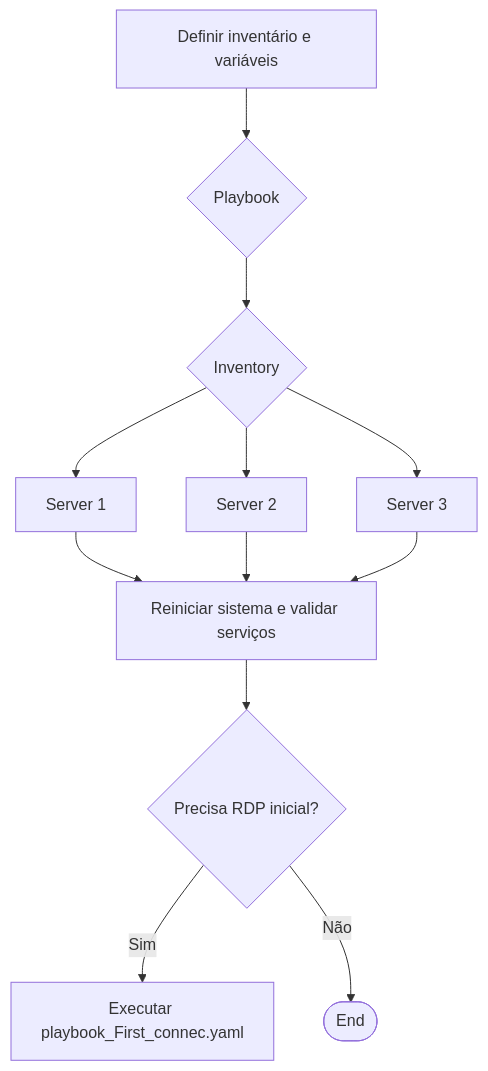
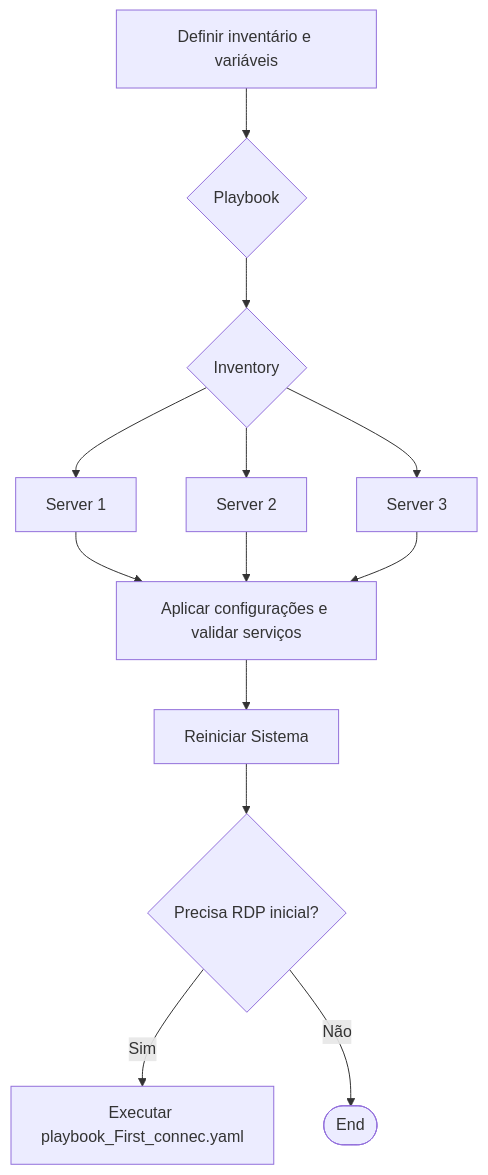
One commit to Theo-Panella/Project_AOC changed the diagram in README.md. Above: the diagram before and after it, drawn with Mermaid.

````diff
--- a/README.md
+++ b/README.md
@@ -35,15 +35,17 @@
 ```mermaid
 flowchart TD
     A["Definir inventário e variáveis"]
     A --> B{"Playbook"}
     B --> C{"Inventory"}
     C --> D[Server 1]
     C --> E[Server 2]
     C --> F[Server 3]
-    D --> G["Reiniciar sistema e validar serviços"]
-    E --> G["Reiniciar sistema e validar serviços"]
-    F --> G["Reiniciar sistema e validar serviços"]
-    G --> H{"Precisa RDP inicial?"}
-    H -->|Sim| I["Executar playbook_First_connec.yaml"]
-    H -->|Não| J(["End"])
+    
+    D --> G["Aplicar configurações e validar serviços"]
+    E --> G["Aplicar configurações e validar serviços"]
+    F --> G["Aplicar configurações e validar serviços"]
+    G --> H["Reiniciar Sistema"]
+    H --> I{"Precisa RDP inicial?"}
+    I -->|Sim| J["Executar playbook_First_connec.yaml"]
+    I -->|Não| K(["End"])
 ```
````
